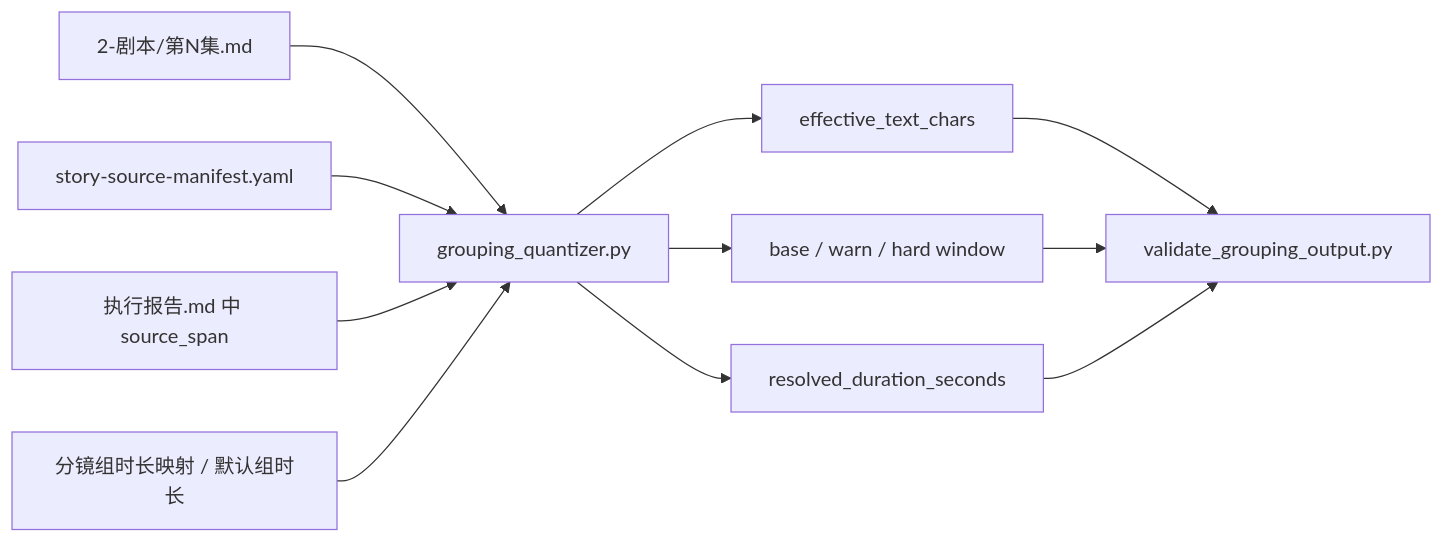
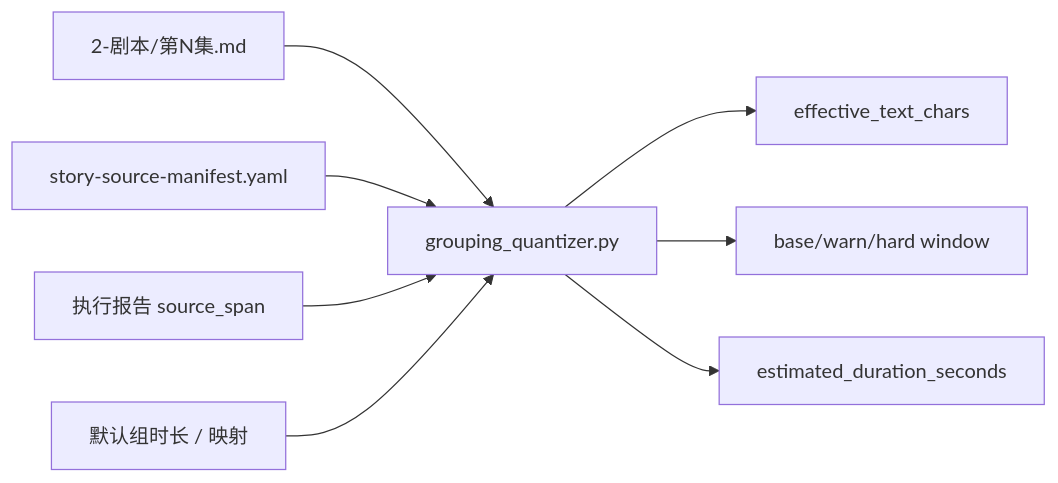
One commit to ZEN-VOID/AI-CUT changed the second of 3 diagrams in .agents/skills/aigc/1-Planning/3-分组/SKILL.md. Above: the diagram before and after it, drawn with Mermaid. The commit also changed other lines of this file and 182 other files, not shown here.

````diff
--- a/.agents/skills/aigc/1-Planning/3-分组/SKILL.md
+++ b/.agents/skills/aigc/1-Planning/3-分组/SKILL.md
@@ -96,13 +64,10 @@
 ```mermaid
 flowchart LR
     A["2-剧本/第N集.md"] --> Q["grouping_quantizer.py"]
     B["story-source-manifest.yaml"] --> Q
-    C["执行报告.md 中 source_span"] --> Q
-    D["分镜组时长映射 / 默认组时长"] --> Q
-    Q --> E["resolved_duration_seconds"]
-    Q --> F["base / warn / hard window"]
-    Q --> G["effective_text_chars"]
-    G --> V["validate_grouping_output.py"]
-    F --> V
-    E --> V
+    C["执行报告 source_span"] --> Q
+    D["默认组时长 / 映射"] --> Q
+    Q --> E["effective_text_chars"]
+    Q --> F["base/warn/hard window"]
+    Q --> G["estimated_duration_seconds"]
 ```
````
